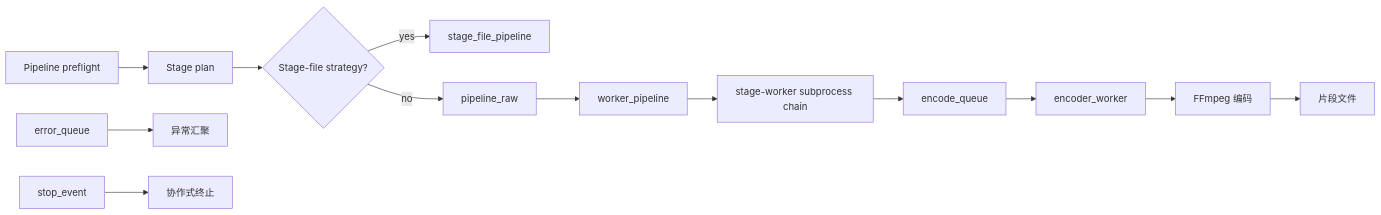
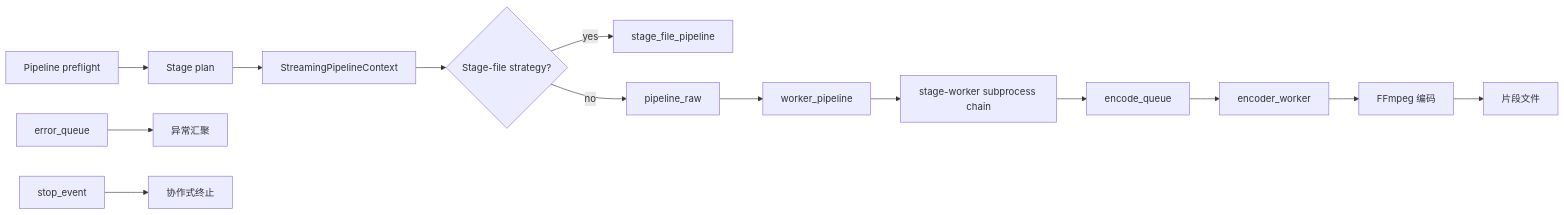
One commit to youge325/vp changed the second of 3 diagrams in docs/04-backend-architecture.md. Above: the diagram before and after it, drawn with Mermaid. The commit also changed other lines of this file and 26 other files, not shown here.

````diff
--- a/docs/04-backend-architecture.md
+++ b/docs/04-backend-architecture.md
@@ -110,16 +110,17 @@
 ```mermaid
 graph LR
     A[Pipeline preflight] --> B[Stage plan]
-    B --> C{Stage-file strategy?}
-    C -->|yes| D[stage_file_pipeline]
-    C -->|no| E[pipeline_raw]
-    E --> F[worker_pipeline]
-    F --> G[stage-worker subprocess chain]
-    G --> H[encode_queue]
-    H --> I[encoder_worker]
-    I --> J[FFmpeg 编码]
-    J --> K[片段文件]
+    B --> C[StreamingPipelineContext]
+    C --> D{Stage-file strategy?}
+    D -->|yes| E[stage_file_pipeline]
+    D -->|no| F[pipeline_raw]
+    F --> G[worker_pipeline]
+    G --> H[stage-worker subprocess chain]
+    H --> I[encode_queue]
+    I --> J[encoder_worker]
+    J --> K[FFmpeg 编码]
+    K --> L[片段文件]
 
-    L[error_queue] --> M[异常汇聚]
-    N[stop_event] --> O[协作式终止]
+    M[error_queue] --> N[异常汇聚]
+    O[stop_event] --> P[协作式终止]
 ```
````
